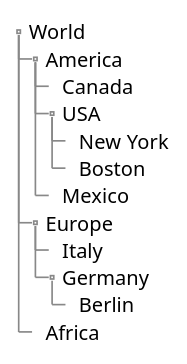
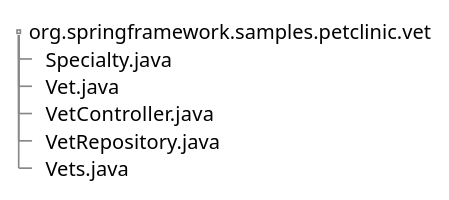
The third of 3 diagrams in 05-names.adoc (interventure-growingtogether/spring-petclinic-clean-code), drawn with PlantUML before and after one commit. The commit also changed other lines of this file and 2 other files, not shown here.

```diff
--- a/05-names.adoc
+++ b/05-names.adoc
@@ -13,21 +94,15 @@
 [plantuml]
 ----
 @startsalt
 {
 {T
- + World
- ++ America
- +++ Canada
- +++ USA
- ++++ New York
- ++++ Boston
- +++ Mexico
- ++ Europe
- +++ Italy
- +++ Germany
- ++++ Berlin
- ++ Africa
++ org.springframework.samples.petclinic.vet
+++ Specialty.java
+++ Vet.java
+++ VetController.java
+++ VetRepository.java
+++ Vets.java
 }
 }
 @endsalt
 ----
```
